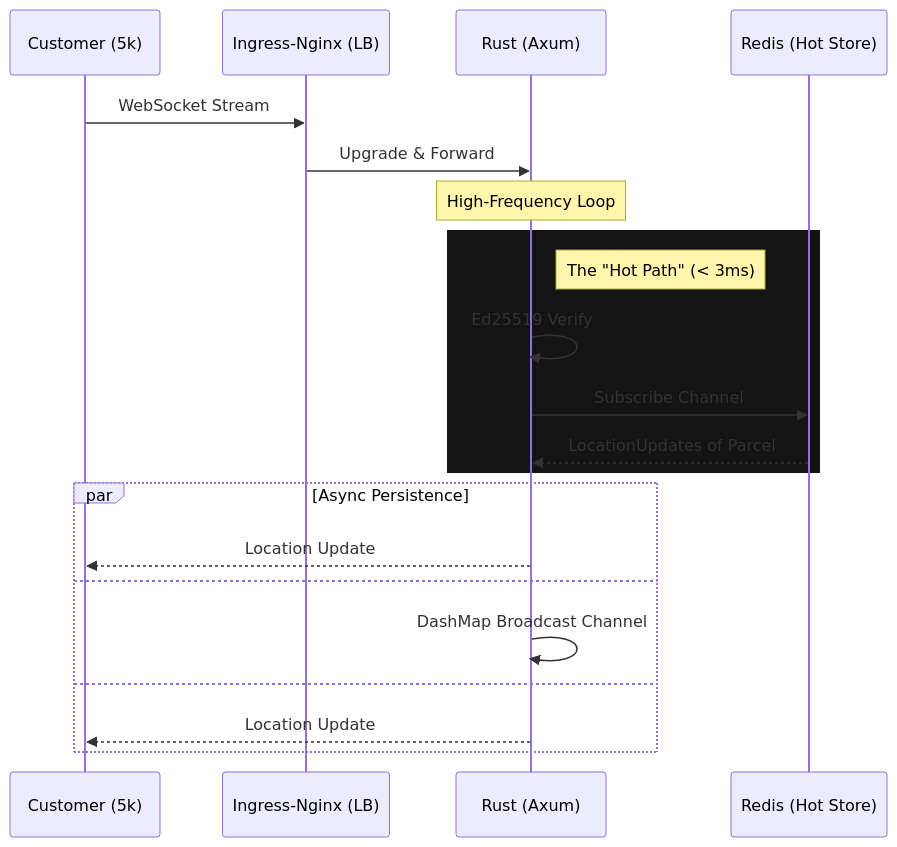
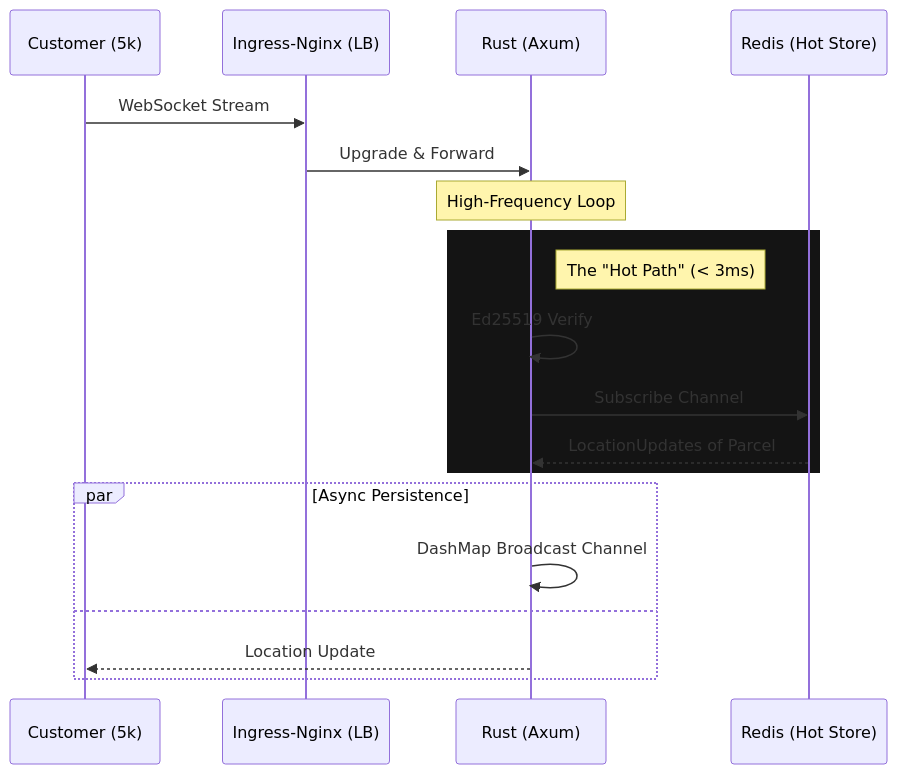
One commit to fossabot/high-concurrency-logistics-engine changed the second of 2 diagrams in README.md. Above: the diagram before and after it, drawn with Mermaid. The commit also changed other lines of this file, not shown here.

````diff
--- a/README.md
+++ b/README.md
@@ -75,28 +75,26 @@
 ```mermaid
 sequenceDiagram
     participant C as Customer (5k)
     participant N as Ingress-Nginx (LB)
     participant R as Rust (Axum)
     participant D as Redis (Hot Store)
 
     C->>N: WebSocket Stream
     N->>R: Upgrade & Forward
     
     Note over R: High-Frequency Loop
     
     rect rgb(20, 20, 20)
         Note right of R: The "Hot Path" (< 3ms)
         R->>R: Ed25519 Verify
         R->>D: Subscribe Channel 
         D-->>R: LocationUpdates of Parcel
     end
 
     par Async Persistence
-        R-->>C: Location Update
-        and
         R->>R: DashMap Broadcast Channel
         and
         R-->>C: Location Update
        
     end
 ```
````
